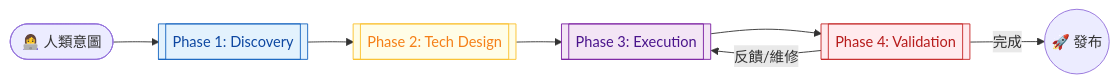
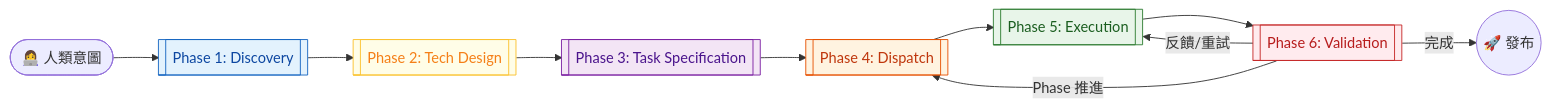
Before and after one commit to tibame201020/app-generator: the first of 4 diagrams in docs/FACTORY_WORKFLOW.qmd, drawn with Mermaid. The commit also changed other lines of this file and 6 other files, not shown here.

````diff
--- a/docs/FACTORY_WORKFLOW.qmd
+++ b/docs/FACTORY_WORKFLOW.qmd
@@ -17,14 +18,19 @@
 ```{mermaid}
 graph LR
     User([👩‍💻 人類意圖]) --> P1[[Phase 1: Discovery]]
     P1 --> P2[[Phase 2: Tech Design]]
-    P2 --> P3[[Phase 3: Execution]]
-    P3 --> P4[[Phase 4: Validation]]
-    P4 -- "反饋/維修" --> P3
-    P4 -- "完成" --> Done((🚀 發布))
-    
+    P2 --> P3[[Phase 3: Task Specification]]
+    P3 --> P4[[Phase 4: Dispatch]]
+    P4 --> P5[[Phase 5: Execution]]
+    P5 --> P6[[Phase 6: Validation]]
+    P6 -- "反饋/重試" --> P5
+    P6 -- "Phase 推進" --> P4
+    P6 -- "完成" --> Done((🚀 發布))
+
     style P1 fill:#e3f2fd,stroke:#1565c0,color:#0d47a1
     style P2 fill:#fffde7,stroke:#fbc02d,color:#f57f17
     style P3 fill:#f3e5f5,stroke:#7b1fa2,color:#4a148c
-    style P4 fill:#ffebee,stroke:#c62828,color:#b71c1c
+    style P4 fill:#fff3e0,stroke:#e65100,color:#bf360c
+    style P5 fill:#e8f5e9,stroke:#2e7d32,color:#1b5e20
+    style P6 fill:#ffebee,stroke:#c62828,color:#b71c1c
 ```
````
